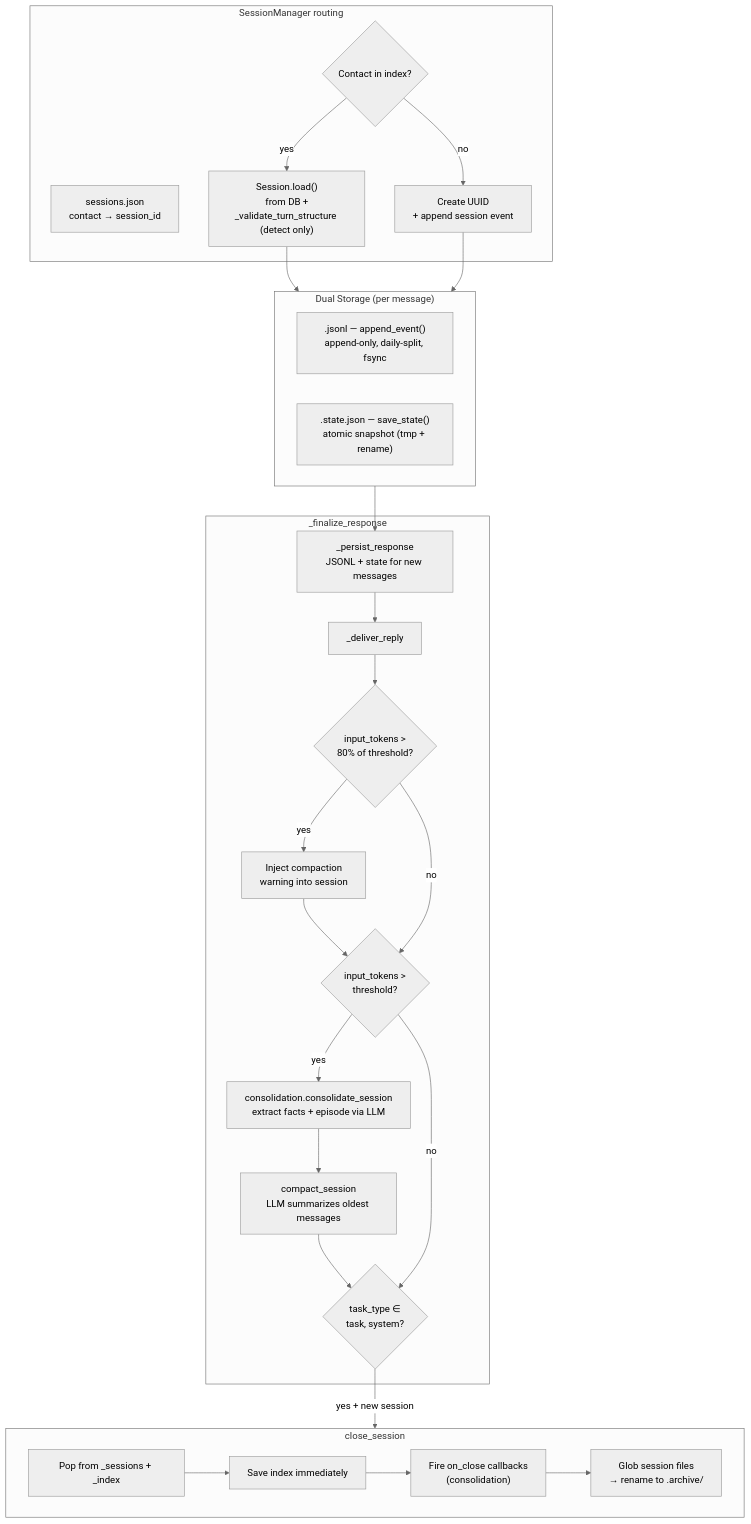
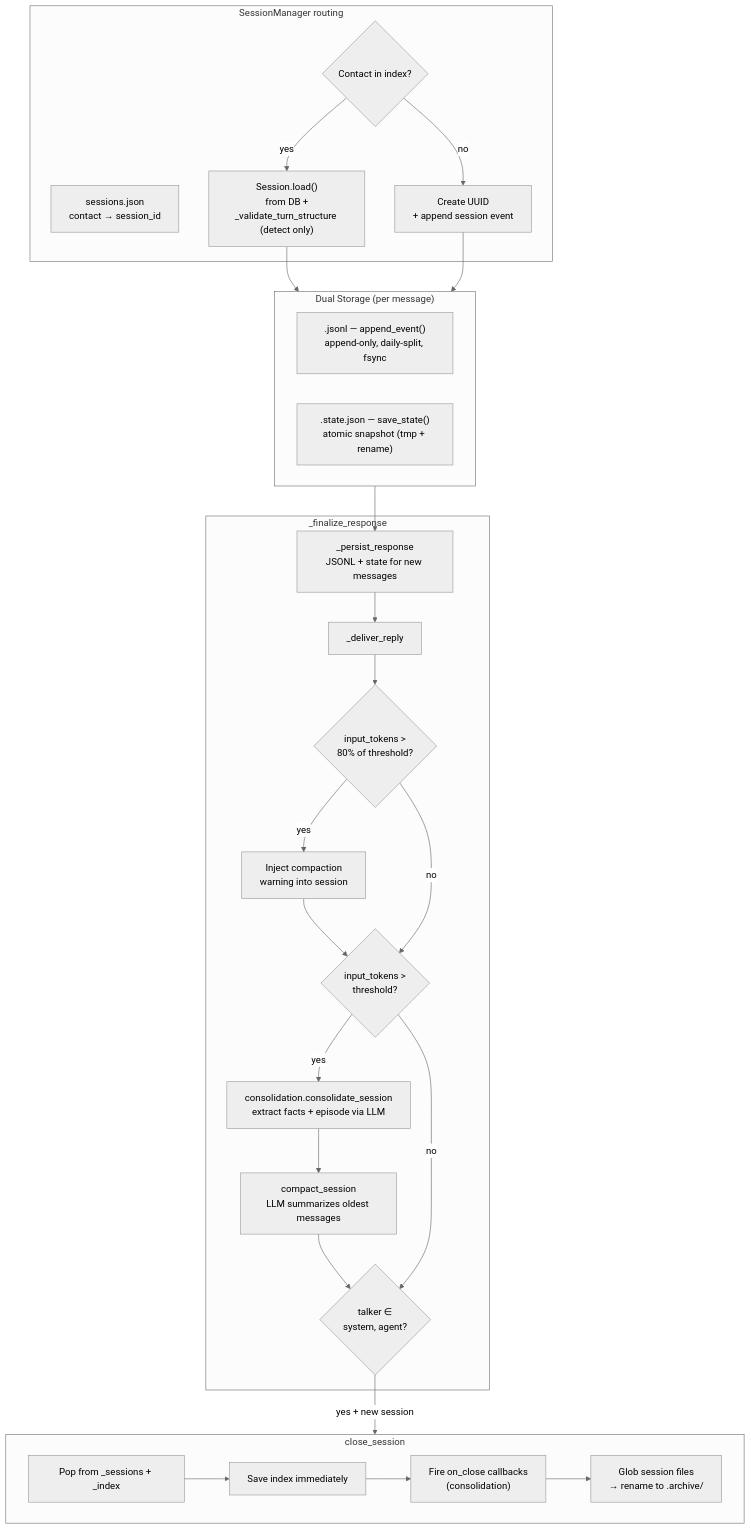
One commit to nicolasforstinger/lucyd changed the sixth of 10 diagrams in docs/diagrams.md. Above: the diagram before and after it, drawn with Mermaid (neutral theme). The commit also changed other lines of this file and 4 other files, not shown here.

````diff
--- a/docs/diagrams.md
+++ b/docs/diagrams.md
@@ -398,44 +407,44 @@
 ```mermaid
 flowchart TD
     subgraph Routing["SessionManager routing"]
         INDEX["sessions.json<br/>contact → session_id"]
         LOOKUP{"Contact in index?"}
         LOAD["Session.load()<br/>from DB +<br/>_validate_turn_structure (detect only)"]
         NEW["Create UUID<br/>+ append session event"]
     end
 
     subgraph Storage["Dual Storage (per message)"]
         JSONL[".jsonl — append_event()<br/>append-only, daily-split, fsync"]
         STATE[".state.json — save_state()<br/>atomic snapshot (tmp + rename)"]
     end
 
     subgraph Finalize["_finalize_response"]
         PERSIST["_persist_response<br/>JSONL + state for new messages"]
         DELIVER["_deliver_reply"]
         WARN_CHECK{"input_tokens ><br/>80% of threshold?"}
         WARN["Inject compaction<br/>warning into session"]
         COMPACT_CHECK{"input_tokens ><br/>threshold?"}
         CONSOLIDATE["consolidation.consolidate_session<br/>extract facts + episode via LLM"]
         COMPACT["compact_session<br/>LLM summarizes oldest messages"]
-        AUTOCLOSE{"task_type ∈<br/>task, system?"}
+        AUTOCLOSE{"talker ∈<br/>system, agent?"}
     end
 
     subgraph Close["close_session"]
         POP["Pop from _sessions + _index"]
         SAVE_IDX["Save index immediately"]
         CALLBACKS["Fire on_close callbacks<br/>(consolidation)"]
         ARCHIVE["Glob session files<br/>→ rename to .archive/"]
     end
 
     LOOKUP -->|yes| LOAD
     LOOKUP -->|no| NEW
     LOAD --> Storage
     NEW --> Storage
     Storage --> PERSIST --> DELIVER --> WARN_CHECK
     WARN_CHECK -->|yes| WARN --> COMPACT_CHECK
     WARN_CHECK -->|no| COMPACT_CHECK
     COMPACT_CHECK -->|yes| CONSOLIDATE --> COMPACT --> AUTOCLOSE
     COMPACT_CHECK -->|no| AUTOCLOSE
     AUTOCLOSE -->|"yes + new session"| Close
     POP --> SAVE_IDX --> CALLBACKS --> ARCHIVE
 ```
````
